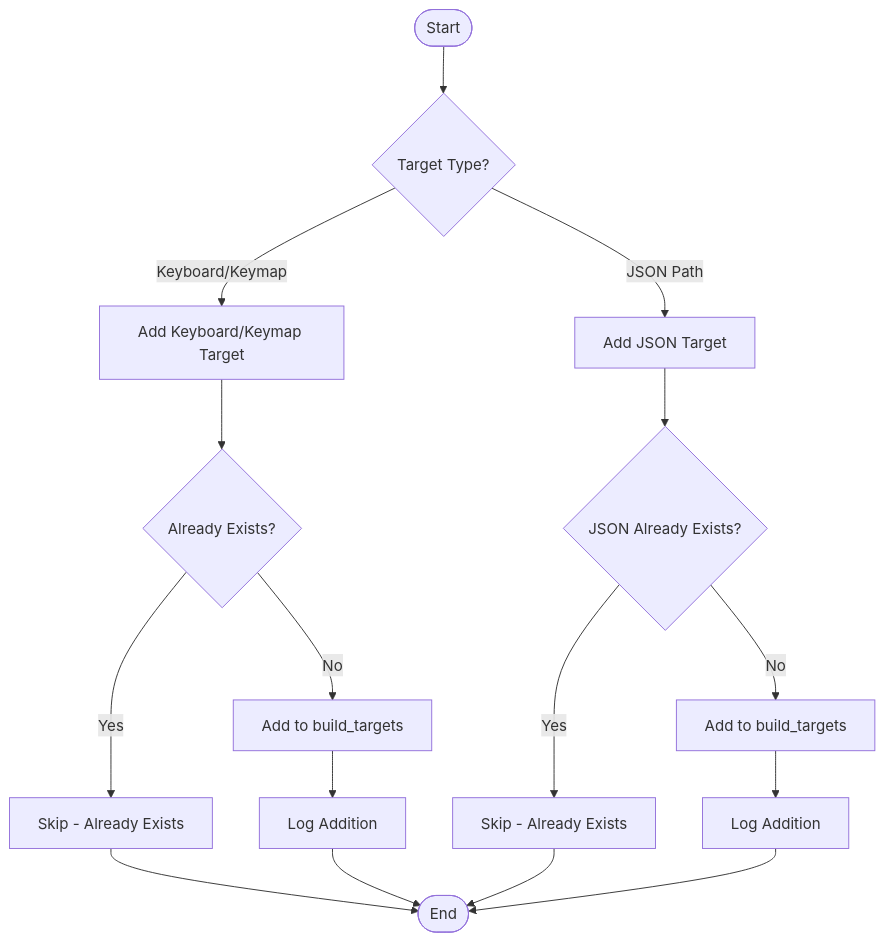
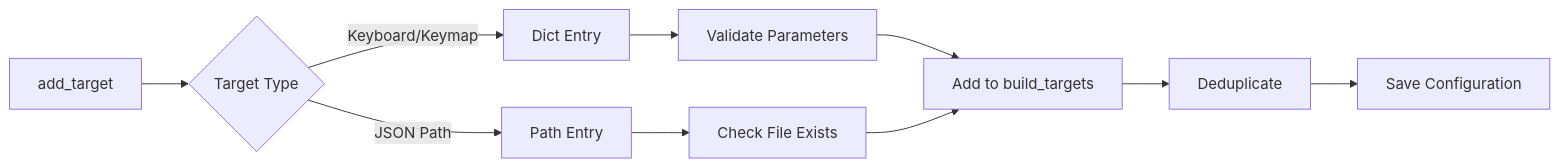
One commit to FSoft-AI4Code/codewiki-demo changed the sixth of 8 diagrams in docs/qmk--qmk_firmware-docs/userspace.md. Above: the diagram before and after it, drawn with Mermaid. The commit also changed other lines of this file and 1103 other files, not shown here.

````diff
--- a/docs/qmk--qmk_firmware-docs/userspace.md
+++ b/docs/qmk--qmk_firmware-docs/userspace.md
@@ -139,21 +133,15 @@
 ```mermaid
-flowchart TD
-    Start([Start]) --> CheckType{Target Type?}
-    CheckType -->|Keyboard/Keymap| AddKK[Add Keyboard/Keymap Target]
-    CheckType -->|JSON Path| AddJSON[Add JSON Target]
+graph LR
+    A[add_target] --> B{Target Type}
+    B -->|Keyboard/Keymap| C[Dict Entry]
+    B -->|JSON Path| D[Path Entry]
     
-    AddKK --> CheckExists{Already Exists?}
-    CheckExists -->|Yes| SkipKK[Skip - Already Exists]
-    CheckExists -->|No| AddKKList[Add to build_targets]
+    C --> E[Validate Parameters]
+    D --> F[Check File Exists]
     
-    AddJSON --> CheckJSONExists{JSON Already Exists?}
-    CheckJSONExists -->|Yes| SkipJSON[Skip - Already Exists]
-    CheckJSONExists -->|No| AddJSONList[Add to build_targets]
+    E --> G[Add to build_targets]
+    F --> G
     
-    AddKKList --> LogKK[Log Addition]
-    AddJSONList --> LogJSON[Log Addition]
-    SkipKK --> End([End])
-    SkipJSON --> End
-    LogKK --> End
-    LogJSON --> End
+    G --> H[Deduplicate]
+    H --> I[Save Configuration]
 ```
````
